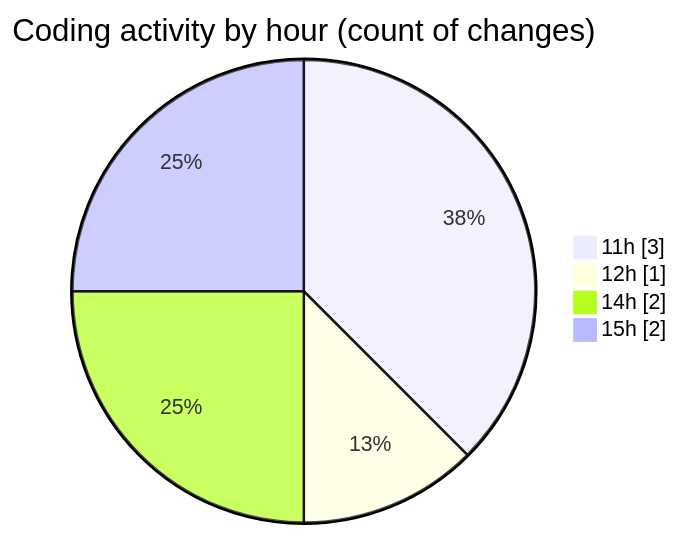
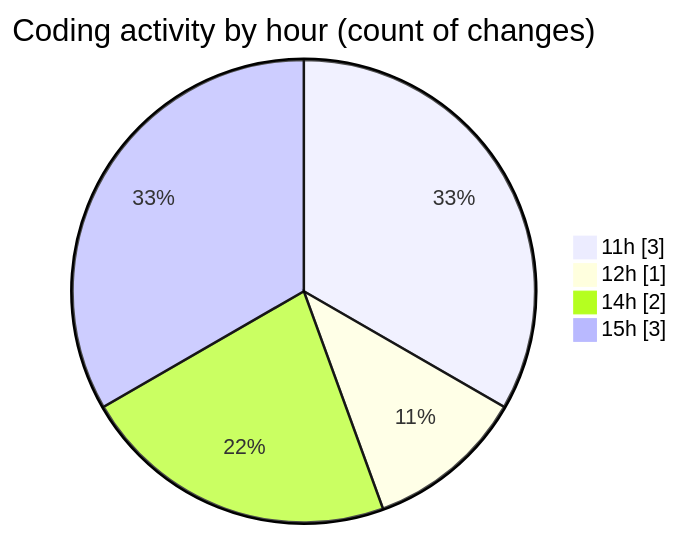
The second of 2 diagrams in 2025-09-25/plugins/README.md (debugP/code-tracking), drawn with Mermaid before and after one commit. The commit also changed other lines of this file and 1 other file, not shown here.

````diff
--- a/2025-09-25/plugins/README.md
+++ b/2025-09-25/plugins/README.md
@@ -28,8 +28,8 @@
 ```mermaid
 pie showData
 title Coding activity by hour (count of changes)
 "11h" : 3
 "12h" : 1
 "14h" : 2
-"15h" : 2
+"15h" : 3
 ```
````
